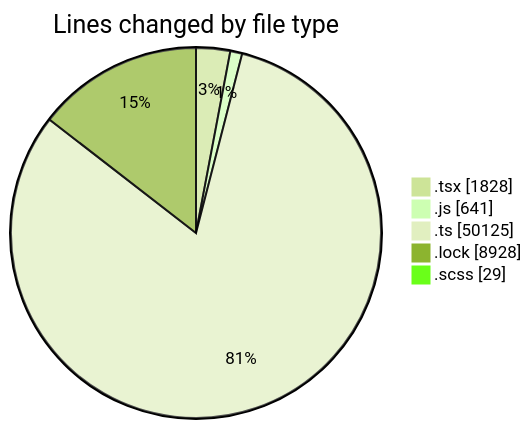
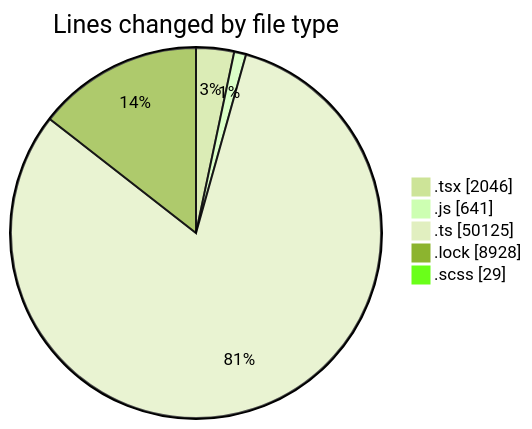
Before and after one commit to momahboobian/code-tracking: the first of 2 diagrams in 2026-09-16/cda/README.md, drawn with Mermaid (forest theme). The commit also changed other lines of this file and 1 other file, not shown here.

````diff
--- a/2026-09-16/cda/README.md
+++ b/2026-09-16/cda/README.md
@@ -54,9 +55,9 @@
 ```mermaid
 pie showData
 title Lines changed by file type
-".tsx" : 1828
+".tsx" : 2046
 ".js" : 641
 ".ts" : 50125
 ".lock" : 8928
 ".scss" : 29
 ```
````
